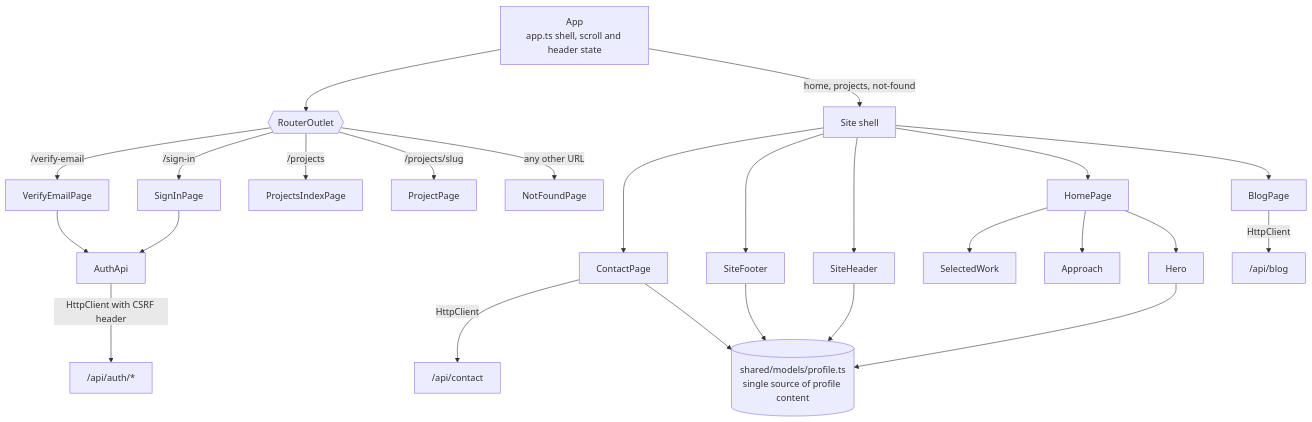
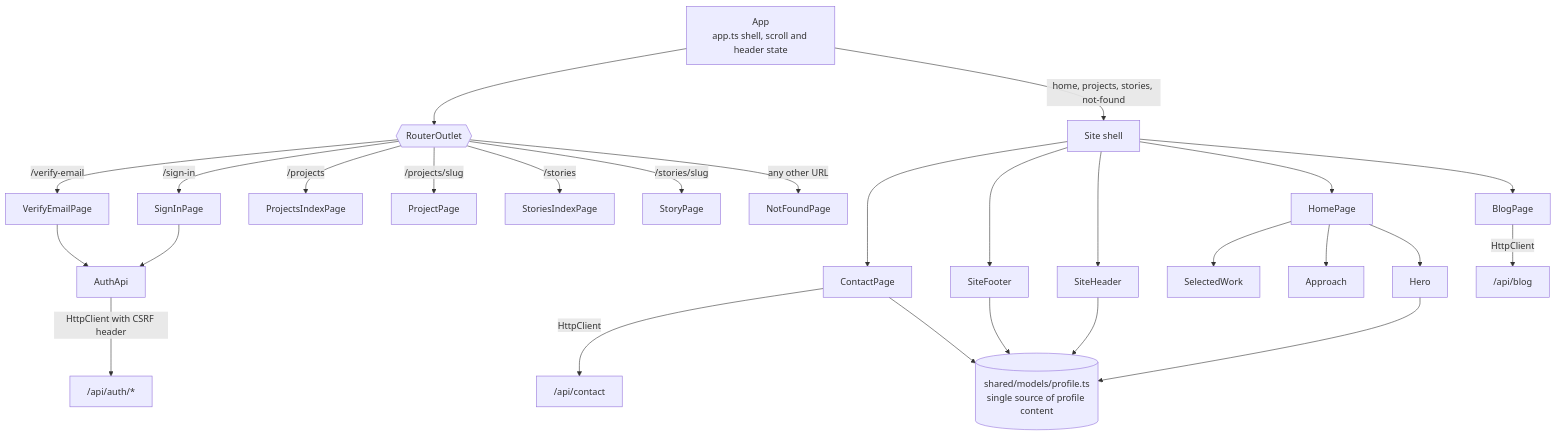
Before and after one commit to GucciVanin/goosevaninWebsite: the eighth of 9 diagrams in Docs/architecture.md, drawn with Mermaid. The commit also changed other lines of this file and 45 other files, not shown here.

First line of the commit message:
Add public story index and story pages, card targets and pre-publish reminder (F5-US2)

````diff
--- a/Docs/architecture.md
+++ b/Docs/architecture.md
@@ -426,34 +426,36 @@
 ```mermaid
 flowchart TD
     root[App<br/>app.ts shell, scroll and header state]
     router{{RouterOutlet}}
     root --> router
     router -->|/sign-in| signin[SignInPage]
     router -->|/verify-email| verify[VerifyEmailPage]
     router -->|/projects| projects[ProjectsIndexPage]
     router -->|/projects/slug| project[ProjectPage]
+    router -->|/stories| stories[StoriesIndexPage]
+    router -->|/stories/slug| story[StoryPage]
     router -->|any other URL| notfound[NotFoundPage]
-    root -->|home, projects, not-found| shell[Site shell]
+    root -->|home, projects, stories, not-found| shell[Site shell]
 
     shell --> header[SiteHeader]
     shell --> home[HomePage]
     shell --> blog[BlogPage]
     shell --> contact[ContactPage]
     shell --> footer[SiteFooter]
 
     home --> hero[Hero]
     home --> work[SelectedWork]
     home --> approach[Approach]
 
     signin --> authapi[AuthApi]
     verify --> authapi
     contact -->|HttpClient| apic["/api/contact"]
     blog -->|HttpClient| apib["/api/blog"]
     authapi -->|HttpClient with CSRF header| apia["/api/auth/*"]
 
     profile[(shared/models/profile.ts<br/>single source of profile content)]
     hero --> profile
     header --> profile
     footer --> profile
     contact --> profile
 ```
````
